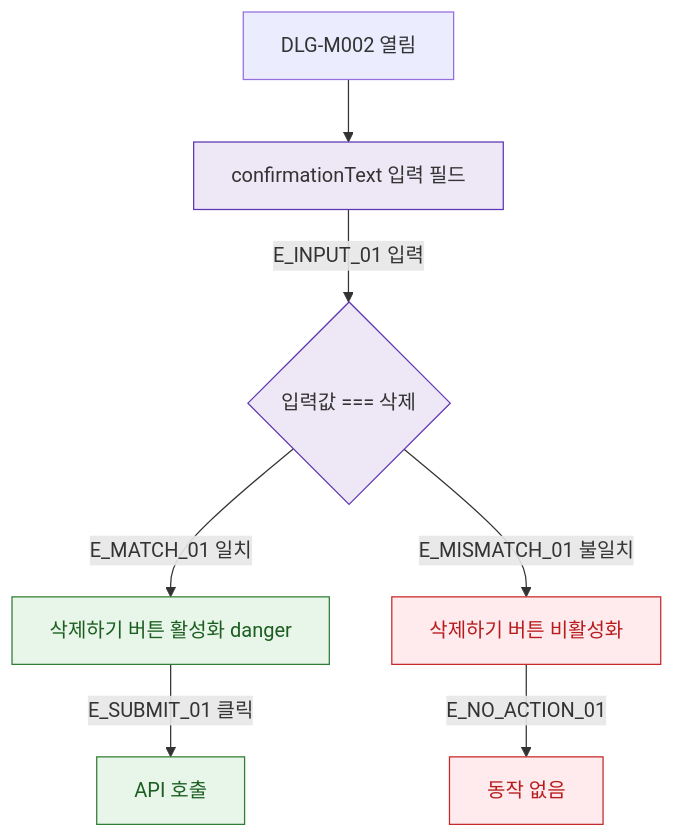
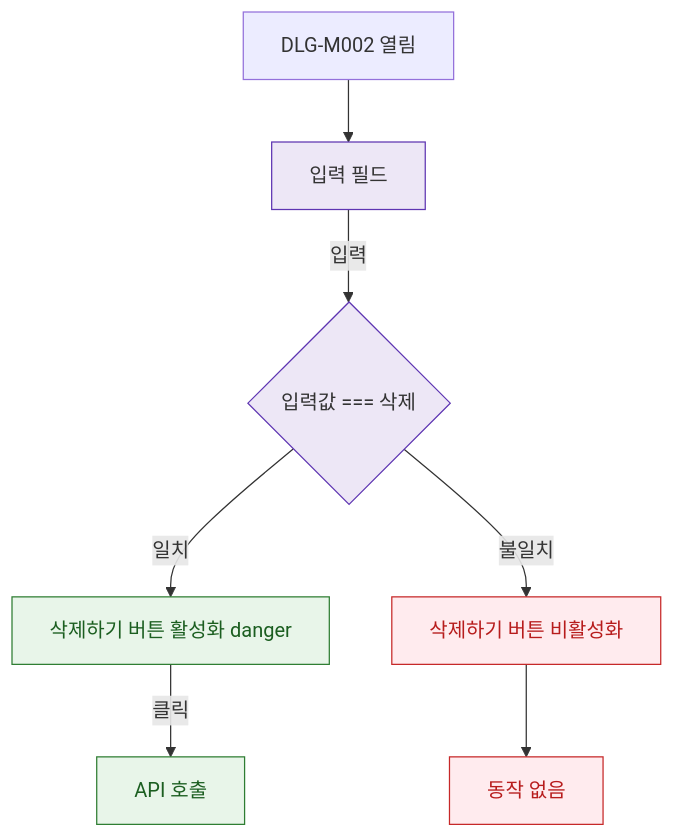
The diagram in docs/다이어그램/D02_회원관리/DLG/DLG-M002_삭제확인/M2_필드검증.md (dev-spogym/admin-pando), drawn with Mermaid before and after one commit. The commit also changed other lines of this file and 1660 other files, not shown here.

First line of the commit message:
다이어그램: 기획자/클라이언트 납품본으로 정리

````diff
--- a/docs/다이어그램/D02_회원관리/DLG/DLG-M002_삭제확인/M2_필드검증.md
+++ b/docs/다이어그램/D02_회원관리/DLG/DLG-M002_삭제확인/M2_필드검증.md
@@ -22,21 +20,21 @@
 ```mermaid
 flowchart TD
   DLG[DLG-M002 열림]
 
-  DLG --> FLD_CONFIRM[confirmationText 입력 필드]
+  DLG --> FLD_CONFIRM[입력 필드]
 
-  FLD_CONFIRM -->|E_INPUT_01 입력| CHECK{입력값 === 삭제}
-  CHECK -->|E_MATCH_01 일치| BTN_ENABLED[삭제하기 버튼 활성화 danger]
-  CHECK -->|E_MISMATCH_01 불일치| BTN_DISABLED[삭제하기 버튼 비활성화]
+  FLD_CONFIRM -->|입력|CHECK{입력값 === 삭제}
+  CHECK -->|일치|BTN_ENABLED[삭제하기 버튼 활성화 danger]
+  CHECK -->|불일치|BTN_DISABLED[삭제하기 버튼 비활성화]
 
-  BTN_ENABLED  -->|E_SUBMIT_01 클릭| SUBMIT[API 호출]
-  BTN_DISABLED -->|E_NO_ACTION_01| NO_ACTION[동작 없음]
+  BTN_ENABLED -->|클릭|SUBMIT[API 호출]
+  BTN_DISABLED --> NO_ACTION[동작 없음]
 
-  classDef system  fill:#EDE7F6,stroke:#5E35B2
+  classDef system fill:#EDE7F6,stroke:#5E35B2
   classDef success fill:#E8F5E9,stroke:#2E7D32,color:#1B5E20
-  classDef error   fill:#FFEBEE,stroke:#C62828,color:#B71C1C
+  classDef error fill:#FFEBEE,stroke:#C62828,color:#B71C1C
 
   class FLD_CONFIRM,CHECK system
   class BTN_ENABLED,SUBMIT success
   class BTN_DISABLED,NO_ACTION error
 ```
````
